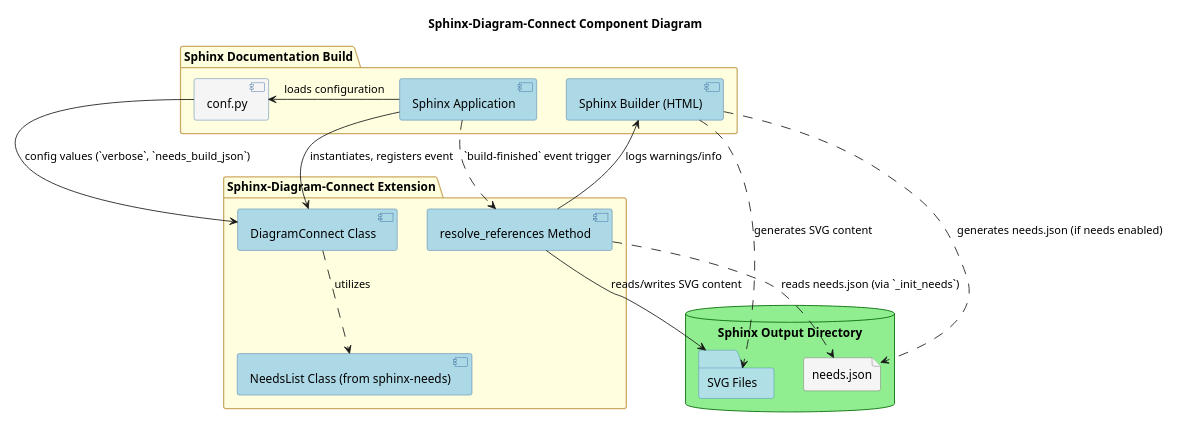
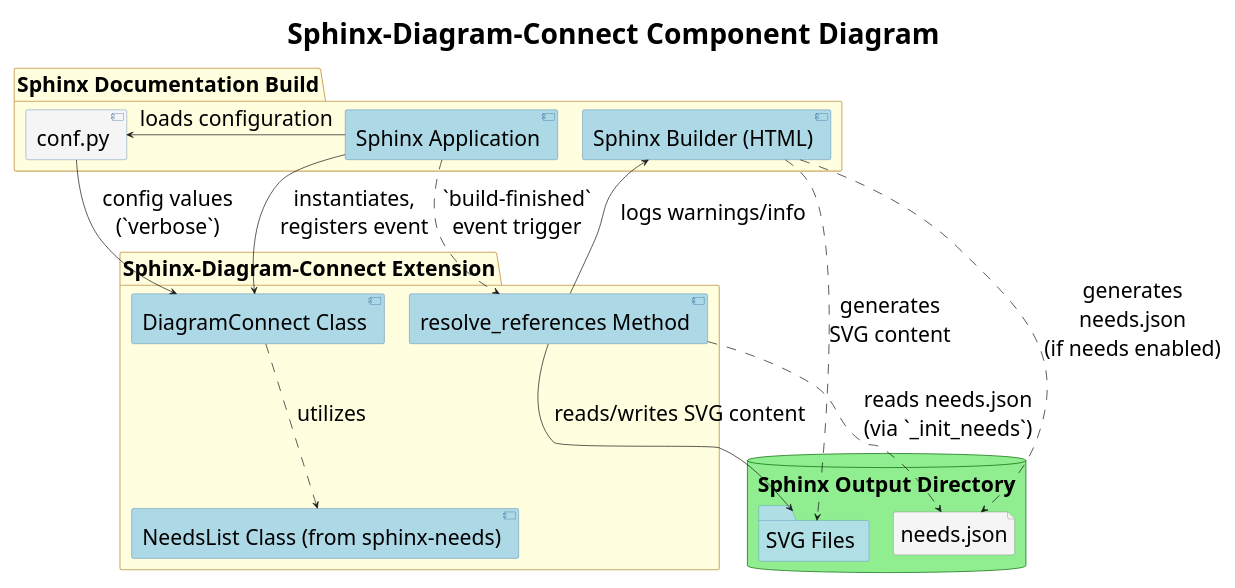
One commit to mi-parkes/sphinx-diagram-connect changed the diagram in doc/source/ExtensionArchDiagram.puml. Above: the diagram before and after it, drawn with PlantUML. The commit also changed 2 other files, not shown here.

Commit message:
docs: diagrams refinement

```diff
--- a/doc/source/ExtensionArchDiagram.puml
+++ b/doc/source/ExtensionArchDiagram.puml
@@ -1,75 +1,76 @@
 @startuml
 
-title Sphinx-Diagram-Connect Component Diagram
+title <SIZE:40>Sphinx-Diagram-Connect Component Diagram</SIZe>
 
-scale 0.6
+scale 0.5
 
+skinparam defaultFontSize 30
 skinparam defaultText {
   FontColor #000000
 }
 
 skinparam component {
   BackgroundColor #ADD8E6
   BorderColor #336699
   FontColor #000000
 }
 
 skinparam package {
   BackgroundColor #FFFFE0
   BorderColor #CCAA66
   FontColor #000000
 }
 
 skinparam database {
   BackgroundColor #90EE90
   BorderColor #006600
   FontColor #000000
 }
 
 skinparam folder {
   BackgroundColor #B0E0E6
   BorderColor #4682B4
   FontColor #000000
 }
 
 skinparam file {
   BackgroundColor #F5F5F5
   BorderColor #696969
   FontColor #000000
 }
 
 package "Sphinx Documentation Build" #FFFFE0 {
   [Sphinx Application] as SphinxApp #ADD8E6
   [Sphinx Builder (HTML)] as SphinxBuilder #ADD8E6
   [conf.py] as Config #F5F5F5
 }
 
 package "Sphinx-Diagram-Connect Extension" #FFFFE0 {
   [DiagramConnect Class] as DCClass #ADD8E6
   [resolve_references Method] as ResolveRefs #ADD8E6
   [NeedsList Class (from sphinx-needs)] as NeedsList #ADD8E6
 }
 
 database "Sphinx Output Directory" #90EE90 {
   folder "SVG Files" as SVGs #B0E0E6
   file "needs.json" as NeedsJSON #F5F5F5
 }
 
 SphinxApp -right-> Config : loads configuration
-Config --> DCClass : config values (`verbose`, `needs_build_json`)
+Config --> DCClass : config values\n(`verbose`)
 
-SphinxApp -right-> DCClass : instantiates, registers event
+SphinxApp -right-> DCClass : instantiates,\nregisters event
 
-SphinxBuilder .down.> SVGs : generates SVG content
-SphinxBuilder .right.> NeedsJSON : generates needs.json (if needs enabled)
+SphinxBuilder .down.> SVGs : generates\nSVG content
+SphinxBuilder .right.> NeedsJSON : generates\nneeds.json\n(if needs enabled)
 
-SphinxApp .down.> ResolveRefs : `build-finished` event trigger
+SphinxApp .down.> ResolveRefs : `build-finished`\nevent trigger
 
 ResolveRefs --> SVGs : reads/writes SVG content
-ResolveRefs ..> NeedsJSON : reads needs.json (via `_init_needs`)
+ResolveRefs ..> NeedsJSON : reads needs.json\n(via `_init_needs`)
 
 DCClass ..> NeedsList : utilizes
 
 ResolveRefs --> SphinxBuilder : logs warnings/info
 
 @enduml
```
